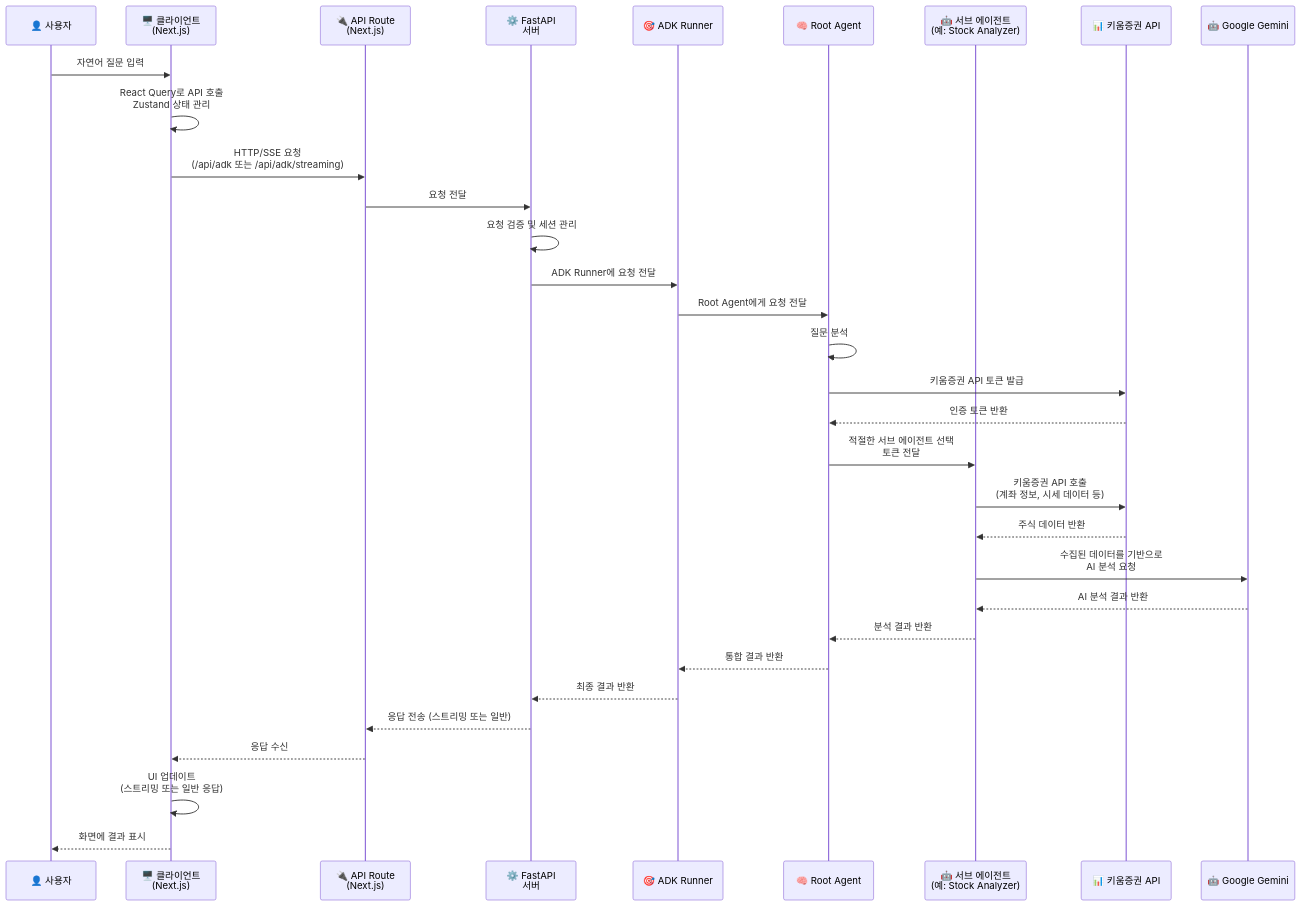
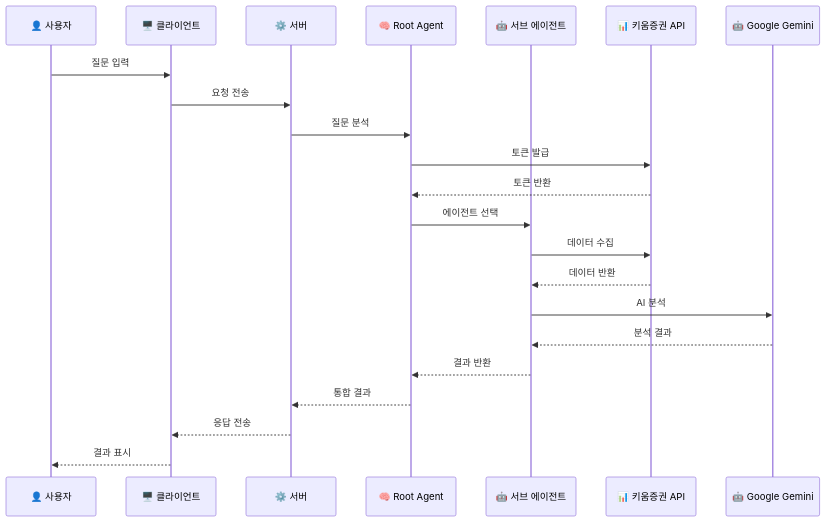
Before and after one commit to miachoidev/mango-stock-monorepo: the second of 3 diagrams in README.md, drawn with Mermaid. The commit also changed other lines of this file, not shown here.

````diff
--- a/README.md
+++ b/README.md
@@ -301,35 +285,25 @@
 ```mermaid
 sequenceDiagram
     participant User as 👤 사용자
-    participant Client as 🖥️ 클라이언트<br/>(Next.js)
-    participant API as 🔌 API Route<br/>(Next.js)
-    participant Server as ⚙️ FastAPI<br/>서버
-    participant ADK as 🎯 ADK Runner
+    participant Client as 🖥️ 클라이언트
+    participant Server as ⚙️ 서버
     participant Root as 🧠 Root Agent
-    participant SubAgent as 🤖 서브 에이전트<br/>(예: Stock Analyzer)
+    participant SubAgent as 🤖 서브 에이전트
     participant Kiwoom as 📊 키움증권 API
     participant Gemini as 🤖 Google Gemini
 
-    User->>Client: 자연어 질문 입력
-    Client->>Client: React Query로 API 호출<br/>Zustand 상태 관리
-    Client->>API: HTTP/SSE 요청<br/>(/api/adk 또는 /api/adk/streaming)
-    API->>Server: 요청 전달
-    Server->>Server: 요청 검증 및 세션 관리
-    Server->>ADK: ADK Runner에 요청 전달
-    ADK->>Root: Root Agent에게 요청 전달
-    Root->>Root: 질문 분석
-    Root->>Kiwoom: 키움증권 API 토큰 발급
-    Kiwoom-->>Root: 인증 토큰 반환
-    Root->>SubAgent: 적절한 서브 에이전트 선택<br/>토큰 전달
-    SubAgent->>Kiwoom: 키움증권 API 호출<br/>(계좌 정보, 시세 데이터 등)
-    Kiwoom-->>SubAgent: 주식 데이터 반환
-    SubAgent->>Gemini: 수집된 데이터를 기반으로<br/>AI 분석 요청
-    Gemini-->>SubAgent: AI 분석 결과 반환
-    SubAgent-->>Root: 분석 결과 반환
-    Root-->>ADK: 통합 결과 반환
-    ADK-->>Server: 최종 결과 반환
-    Server-->>API: 응답 전송 (스트리밍 또는 일반)
-    API-->>Client: 응답 수신
-    Client->>Client: UI 업데이트<br/>(스트리밍 또는 일반 응답)
-    Client-->>User: 화면에 결과 표시
+    User->>Client: 질문 입력
+    Client->>Server: 요청 전송
+    Server->>Root: 질문 분석
+    Root->>Kiwoom: 토큰 발급
+    Kiwoom-->>Root: 토큰 반환
+    Root->>SubAgent: 에이전트 선택
+    SubAgent->>Kiwoom: 데이터 수집
+    Kiwoom-->>SubAgent: 데이터 반환
+    SubAgent->>Gemini: AI 분석
+    Gemini-->>SubAgent: 분석 결과
+    SubAgent-->>Root: 결과 반환
+    Root-->>Server: 통합 결과
+    Server-->>Client: 응답 전송
+    Client-->>User: 결과 표시
 ```
````
